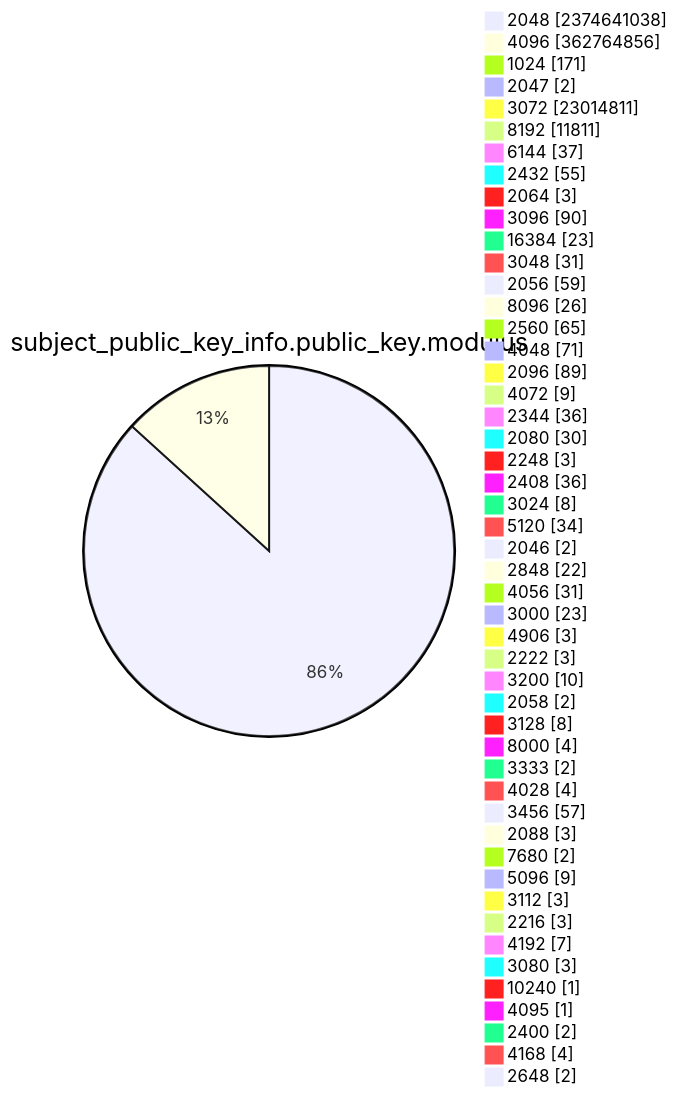
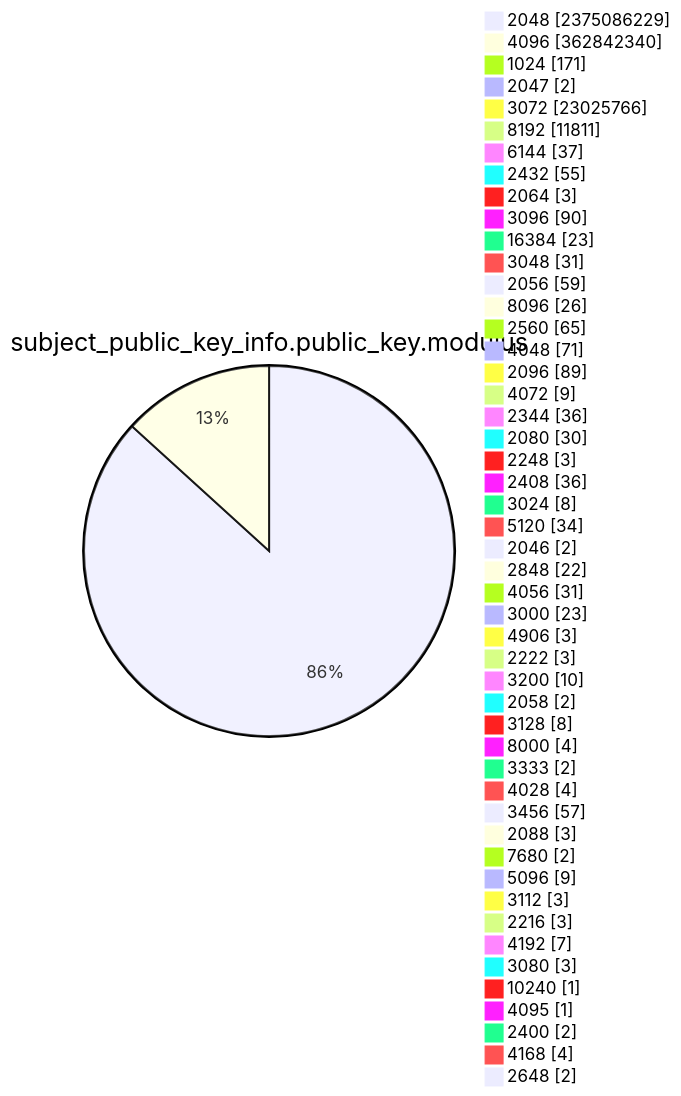
One commit to christiankrug/ctmonitor_visualization changed diagram 13 of 15 in TOTAL/README.md. Above: the diagram before and after it, drawn with Mermaid. The commit also changed other lines of this file, not shown here.

````diff
--- a/TOTAL/README.md
+++ b/TOTAL/README.md
@@ -4167,53 +4167,53 @@
 ```mermaid
 pie showData
 title subject_public_key_info.public_key.modulus
-"2048" :2374641038
-"4096" :362764856
+"2048" :2375086229
+"4096" :362842340
 "1024" :171
 "2047" :2
-"3072" :23014811
+"3072" :23025766
 "8192" :11811
 "6144" :37
 "2432" :55
 "2064" :3
 "3096" :90
 "16384" :23
 "3048" :31
 "2056" :59
 "8096" :26
 "2560" :65
 "4048" :71
 "2096" :89
 "4072" :9
 "2344" :36
 "2080" :30
 "2248" :3
 "2408" :36
 "3024" :8
 "5120" :34
 "2046" :2
 "2848" :22
 "4056" :31
 "3000" :23
 "4906" :3
 "2222" :3
 "3200" :10
 "2058" :2
 "3128" :8
 "8000" :4
 "3333" :2
 "4028" :4
 "3456" :57
 "2088" :3
 "7680" :2
 "5096" :9
 "3112" :3
 "2216" :3
 "4192" :7
 "3080" :3
 "10240" :1
 "4095" :1
 "2400" :2
 "4168" :4
 "2648" :2
 ```
````
